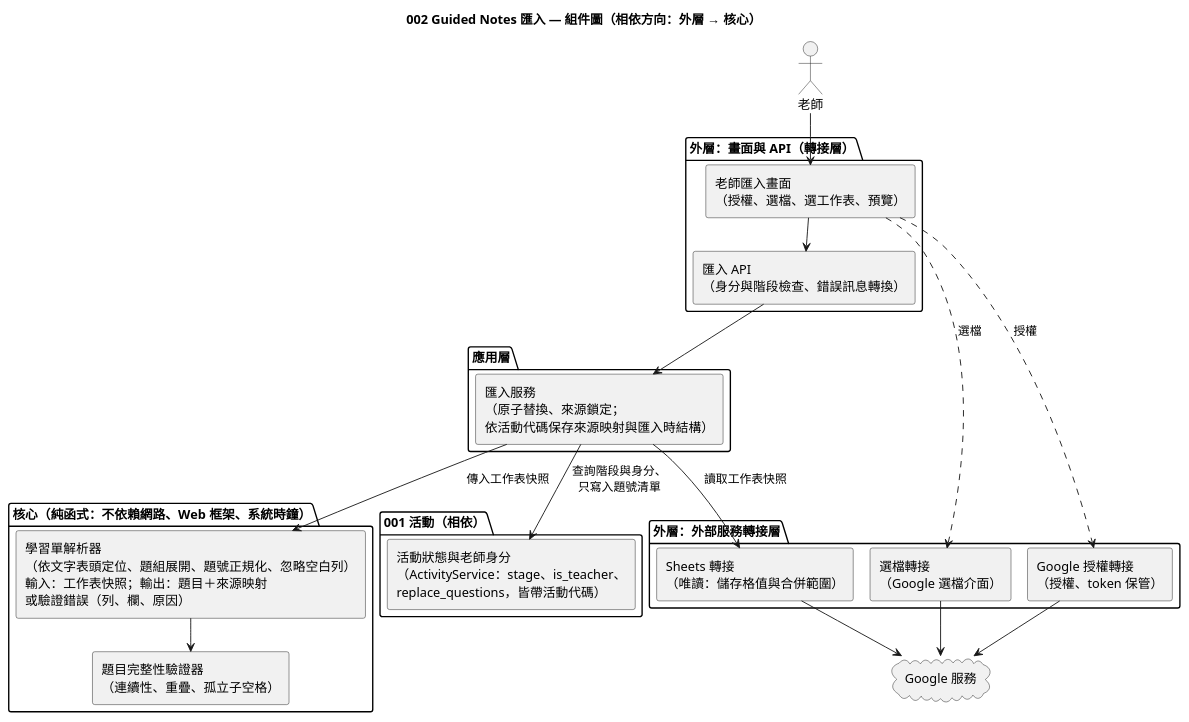
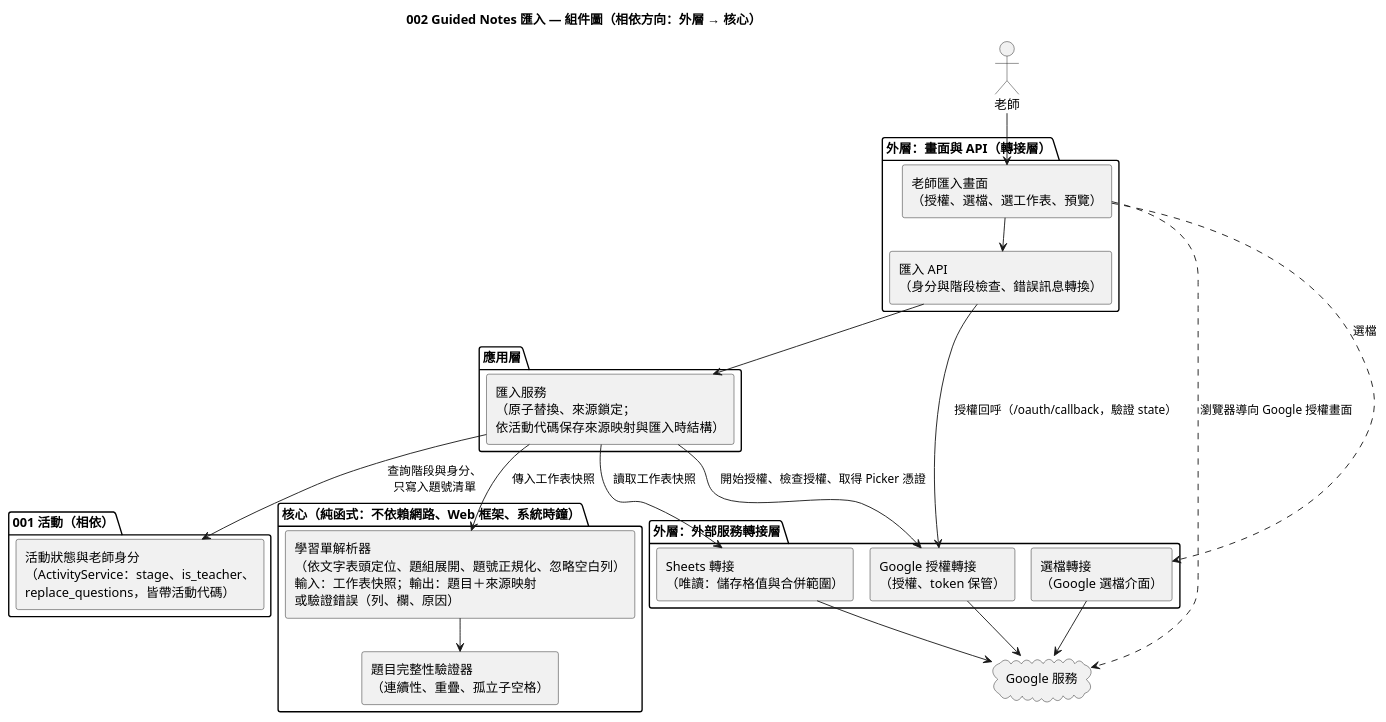
Before and after one commit to EricC430/lecture-answer-first_group16_speckit: the diagram in diagrams/002-guided-notes-import-component.puml, drawn with PlantUML. The commit also changed 100 other files, not shown here.

```diff
--- a/diagrams/002-guided-notes-import-component.puml
+++ b/diagrams/002-guided-notes-import-component.puml
@@ -1,47 +1,49 @@
 @startuml 002-guided-notes-import-component
 !pragma layout smetana
 skinparam defaultFontName "Microsoft JhengHei"
 skinparam componentStyle rectangle
 title 002 Guided Notes 匯入 — 組件圖（相依方向：外層 → 核心）
 
 actor "老師" as Teacher
 
 package "外層：畫面與 API（轉接層）" {
   [老師匯入畫面\n（授權、選檔、選工作表、預覽）] as UI
   [匯入 API\n（身分與階段檢查、錯誤訊息轉換）] as Api
 }
 
 package "應用層" {
   [匯入服務\n（原子替換、來源鎖定；\n依活動代碼保存來源映射與匯入時結構）] as ImportService
 }
 
 package "核心（純函式：不依賴網路、Web 框架、系統時鐘）" {
   [學習單解析器\n（依文字表頭定位、題組展開、題號正規化、忽略空白列）\n輸入：工作表快照；輸出：題目＋來源映射\n或驗證錯誤（列、欄、原因）] as Parser
   [題目完整性驗證器\n（連續性、重疊、孤立子空格）] as Validator
 }
 
 package "外層：外部服務轉接層" {
   [Google 授權轉接\n（授權、token 保管）] as AuthAdapter
   [選檔轉接\n（Google 選檔介面）] as PickerAdapter
   [Sheets 轉接\n（唯讀：儲存格值與合併範圍）] as SheetsAdapter
 }
 
 package "001 活動（相依）" {
   [活動狀態與老師身分\n（ActivityService：stage、is_teacher、\nreplace_questions，皆帶活動代碼）] as Activity
 }
 
 cloud "Google 服務" as Google
 
 Teacher --> UI
 UI --> Api
 UI ..> PickerAdapter : 選檔
-UI ..> AuthAdapter : 授權
+UI ..> Google : 瀏覽器導向 Google 授權畫面
+Api --> AuthAdapter : 授權回呼（/oauth/callback，驗證 state）
+ImportService --> AuthAdapter : 開始授權、檢查授權、取得 Picker 憑證
 Api --> ImportService
 ImportService --> Activity : 查詢階段與身分、\n只寫入題號清單
 ImportService --> SheetsAdapter : 讀取工作表快照
 ImportService --> Parser : 傳入工作表快照
 Parser --> Validator
 SheetsAdapter --> Google
 AuthAdapter --> Google
 PickerAdapter --> Google
 @enduml
```
